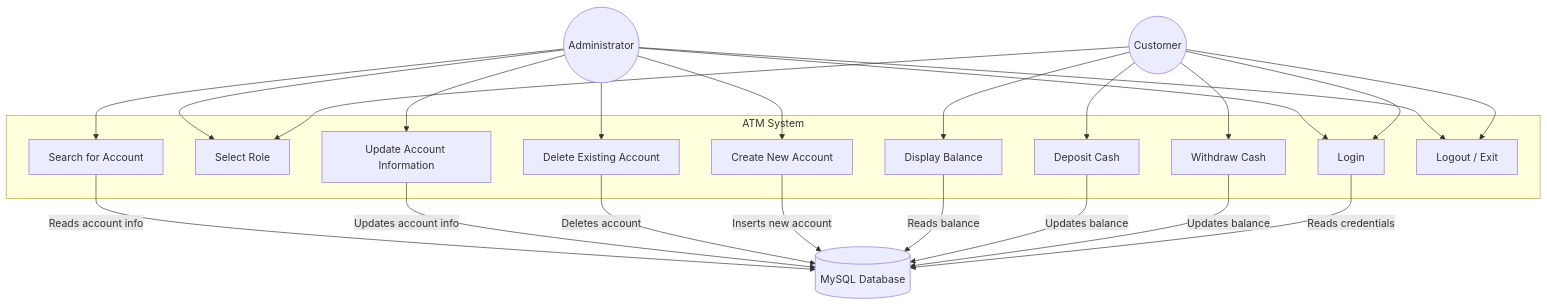
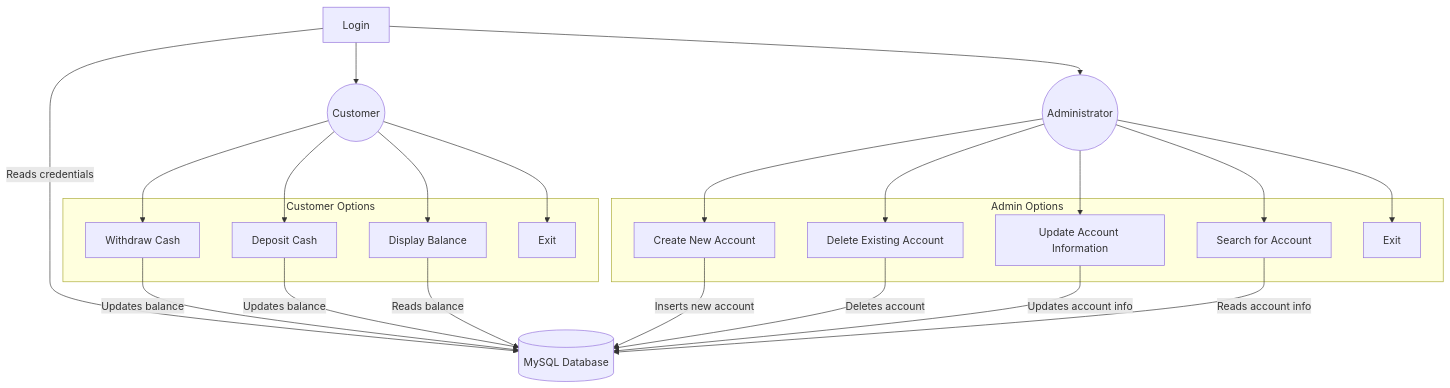
Before and after one commit to rfaris27/MidTermExam: the first of 5 diagrams in DIAGRAMS.md, drawn with Mermaid.

Commit message:
updated diagrams file for system diagram output

````diff
--- a/DIAGRAMS.md
+++ b/DIAGRAMS.md
@@ -9,43 +9,47 @@
 ```mermaid
 graph TD
-    subgraph ATM System
-        UC1[Login]
-        UC9[Select Role]
+    UC1[Login]
+
+    Customer((Customer))
+    Admin((Administrator))
+
+    UC1 --> Customer
+    UC1 --> Admin
+
+    subgraph Customer Options
         UC2[Withdraw Cash]
         UC3[Deposit Cash]
         UC4[Display Balance]
-        UC5[Create New Account]
-        UC6[Delete Existing Account]
-        UC7[Update Account Information]
-        UC8[Search for Account]
-        UC10[Logout / Exit]
+        UC5[Exit]
     end
 
-    Customer((Customer))
-    Admin((Administrator))
-    DB[(MySQL Database)]
+    subgraph Admin Options
+        UC6[Create New Account]
+        UC7[Delete Existing Account]
+        UC8[Update Account Information]
+        UC9[Search for Account]
+        UC10[Exit]
+    end
 
-    Customer --> UC1
-    Customer --> UC9
     Customer --> UC2
     Customer --> UC3
     Customer --> UC4
-    Customer --> UC10
+    Customer --> UC5
 
-    Admin --> UC1
-    Admin --> UC9
-    Admin --> UC5
     Admin --> UC6
     Admin --> UC7
     Admin --> UC8
+    Admin --> UC9
     Admin --> UC10
+
+    DB[(MySQL Database)]
 
     UC1 -- "Reads credentials" --> DB
     UC2 -- "Updates balance" --> DB
     UC3 -- "Updates balance" --> DB
     UC4 -- "Reads balance" --> DB
-    UC5 -- "Inserts new account" --> DB
-    UC6 -- "Deletes account" --> DB
-    UC7 -- "Updates account info" --> DB
-    UC8 -- "Reads account info" --> DB
+    UC6 -- "Inserts new account" --> DB
+    UC7 -- "Deletes account" --> DB
+    UC8 -- "Updates account info" --> DB
+    UC9 -- "Reads account info" --> DB
 ```
````
